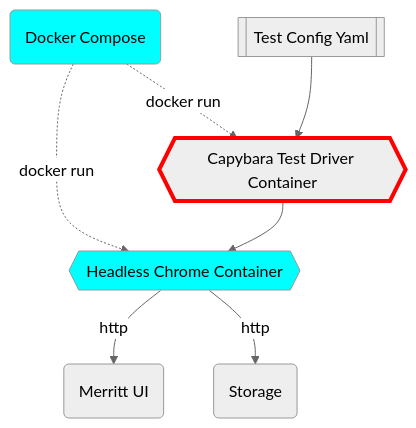
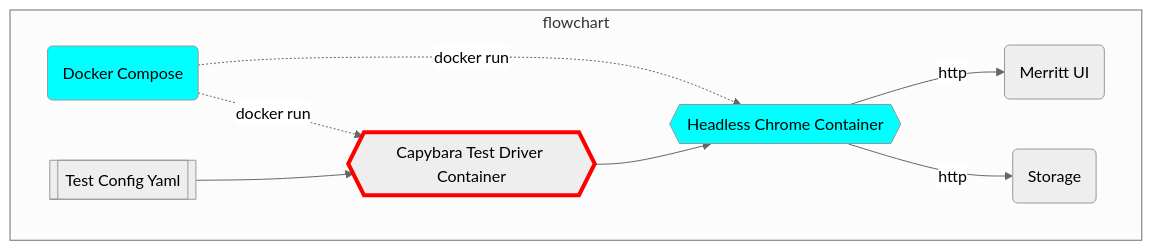
Before and after one commit to CDLUC3/mrt-doc: the diagram in diagrams/integ-tests.mmd, drawn with Mermaid. The commit also changed 34 other files, not shown here.

```diff
--- a/diagrams/integ-tests.mmd
+++ b/diagrams/integ-tests.mmd
@@ -1,19 +1,21 @@
 %%{init: {'theme': 'neutral'}}%%
 graph TD
   CAPY{{Capybara Test Driver Container}}
   CHROME{{Headless Chrome Container}}
   UI(Merritt UI)
   STORE(Storage)
   CONFIG[[Test Config Yaml]]
   DOCK(Docker Compose)
 
-  DOCK -.-> |docker run| CAPY
-  DOCK -.-> |docker run| CHROME
-  CONFIG --> CAPY
-  CAPY --> CHROME
-  CHROME --> |http| UI
-  CHROME --> |http| STORE
-
+  subgraph flowchart
+    DOCK -.-> |docker run| CAPY
+    DOCK -.-> |docker run| CHROME
+    CONFIG --> CAPY
+    CAPY --> CHROME
+    CHROME --> |http| UI
+    CHROME --> |http| STORE
+  end
+  
   style DOCK fill:cyan
   style CHROME fill:cyan
   style CAPY stroke:red,stroke-width:4px
```
